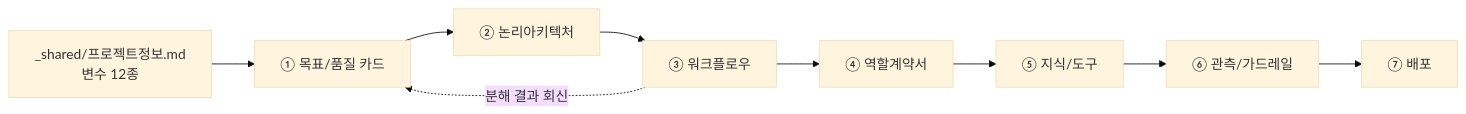
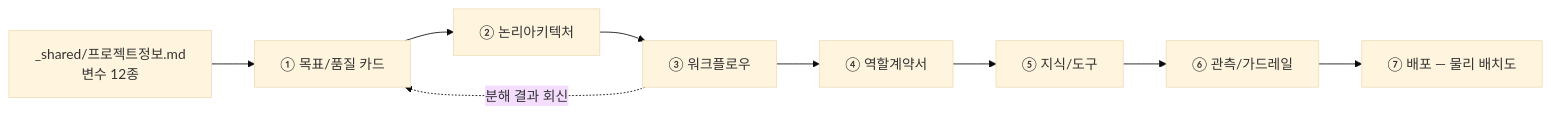
The diagram in design-architecture/prompts/README.md (unicorn-campus/unicorn-skills), drawn with Mermaid (base theme) before and after one commit. The commit also changed other lines of this file and 16 other files, not shown here.

````diff
--- a/design-architecture/prompts/README.md
+++ b/design-architecture/prompts/README.md
@@ -68,11 +75,11 @@
 ```mermaid
 flowchart LR
   P["_shared/프로젝트정보.md<br/>변수 12종"] --> C1
   C1["① 목표/품질 카드"] --> C2["② 논리아키텍처"]
   C2 --> C3["③ 워크플로우"]
   C3 --> C4["④ 역할계약서"]
   C4 --> C5["⑤ 지식/도구"]
   C5 --> C6["⑥ 관측/가드레일"]
-  C6 --> C7["⑦ 배포"]
+  C6 --> C7["⑦ 배포 — 물리 배치도"]
   C3 -.->|"분해 결과 회신"| C1
 ```
````
